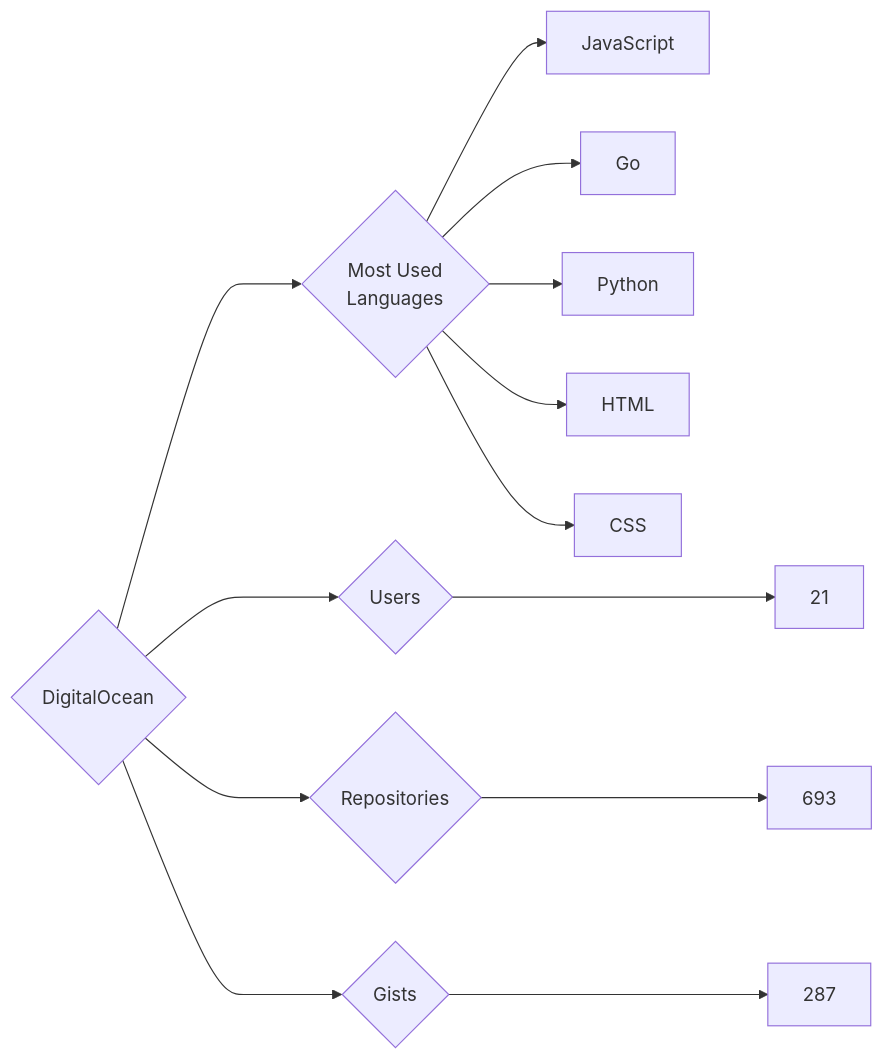
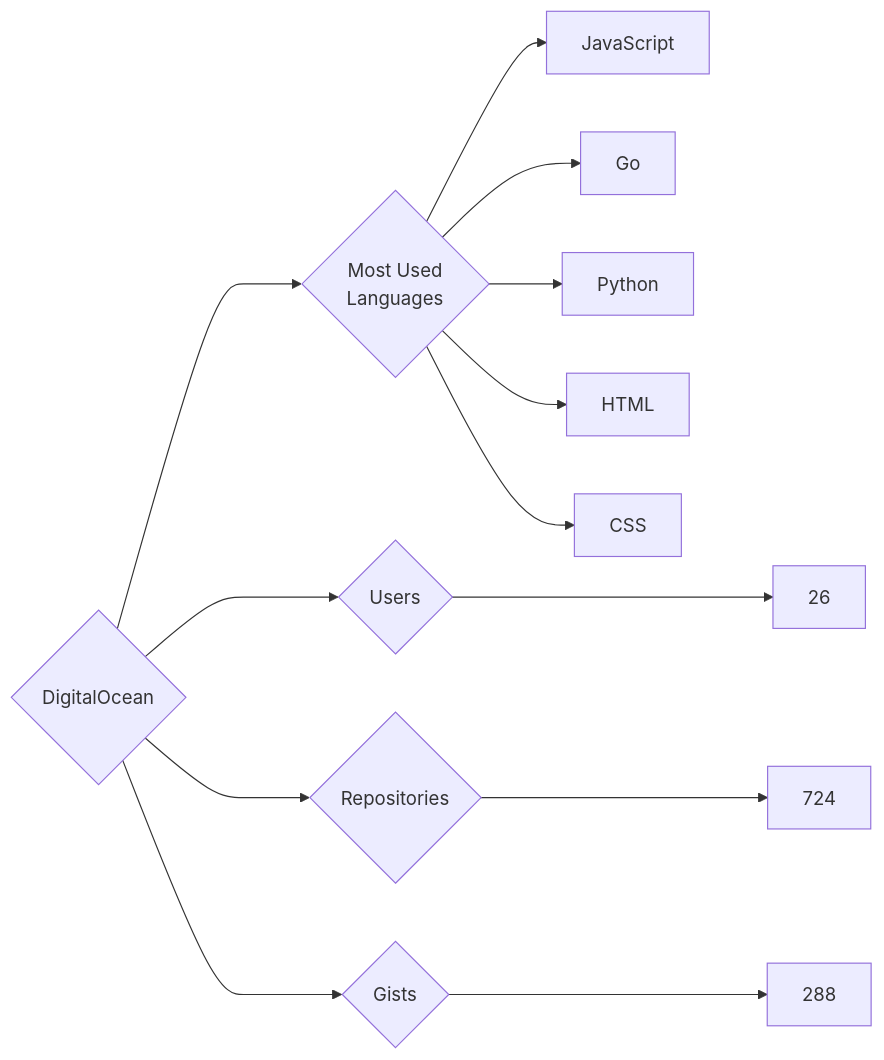
Before and after one commit to trickest/insiders: the diagram in targets/DigitalOcean/README.md, drawn with Mermaid. The commit also changed 636 other files, not shown here.

````diff
--- a/targets/DigitalOcean/README.md
+++ b/targets/DigitalOcean/README.md
@@ -3,13 +3,13 @@
 ```mermaid
 graph LR
 COMPANY_NAME{DigitalOcean}
-COMPANY_NAME ---> U{Users} ---> UN[21]
-COMPANY_NAME ---> R{Repositories} ---> RN[693]
-COMPANY_NAME ---> G{Gists} ---> GN[287]
+COMPANY_NAME ---> U{Users} ---> UN[26]
+COMPANY_NAME ---> R{Repositories} ---> RN[724]
+COMPANY_NAME ---> G{Gists} ---> GN[288]
 COMPANY_NAME ---> ML{Most Used<br>Languages}
 ML --> JavaScript[JavaScript]
 ML --> Go[Go]
 ML --> Python[Python]
 ML --> HTML[HTML]
 ML --> CSS[CSS]
 ```
````
